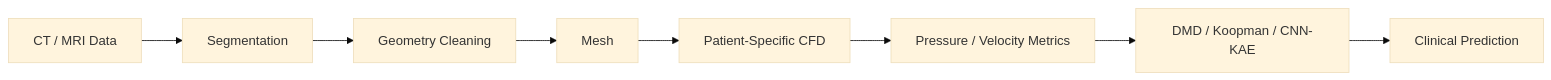
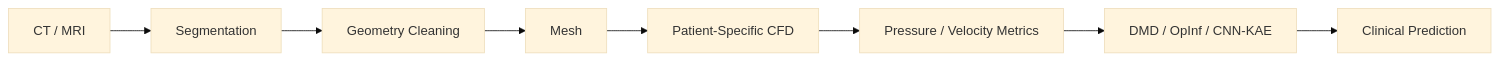
The diagram in project-guides/medical-cfd.md (islam-md-didarul/mechanical-cfd-ai-research-hub), drawn with Mermaid (base theme) before and after one commit. The commit also changed other lines of this file and 20 other files, not shown here.

````diff
--- a/project-guides/medical-cfd.md
+++ b/project-guides/medical-cfd.md
@@ -7,10 +7,10 @@
 ```mermaid
 flowchart LR
-    A["CT / MRI Data"] --> B["Segmentation"]
+    A["CT / MRI"] --> B["Segmentation"]
     B --> C["Geometry Cleaning"]
     C --> D["Mesh"]
     D --> E["Patient-Specific CFD"]
     E --> F["Pressure / Velocity Metrics"]
-    F --> G["DMD / Koopman / CNN-KAE"]
+    F --> G["DMD / OpInf / CNN-KAE"]
     G --> H["Clinical Prediction"]
 ```
````
